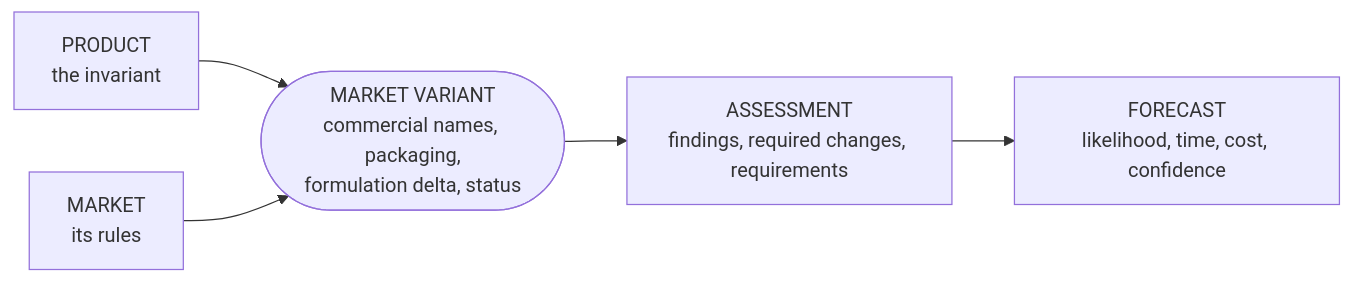
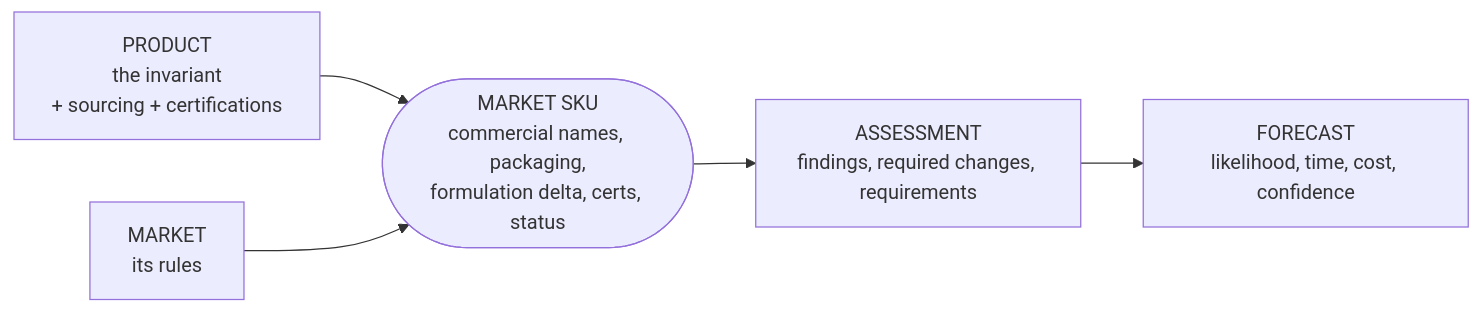
The fourth of 9 diagrams in README.md (msporchia/sku-regulatory-intelligenc), drawn with Mermaid before and after one commit. The commit also changed other lines of this file, not shown here.

Commit message:
Rework worked example on Ritual Essential for Women; add sourcing/certification model, split status, evidence pointers; condense

````diff
--- a/README.md
+++ b/README.md
@@ -125,8 +139,8 @@
 ```mermaid
 flowchart LR
-  P["PRODUCT<br/>the invariant"] --> V
+  P["PRODUCT<br/>the invariant<br/>+ sourcing + certifications"] --> V
   M["MARKET<br/>its rules"] --> V
-  V(["MARKET VARIANT<br/>commercial names, packaging,<br/>formulation delta, status"])
+  V(["MARKET SKU<br/>commercial names, packaging,<br/>formulation delta, certs, status"])
   V --> A["ASSESSMENT<br/>findings, required changes, requirements"]
   A --> F["FORECAST<br/>likelihood, time, cost, confidence"]
 ```
````
